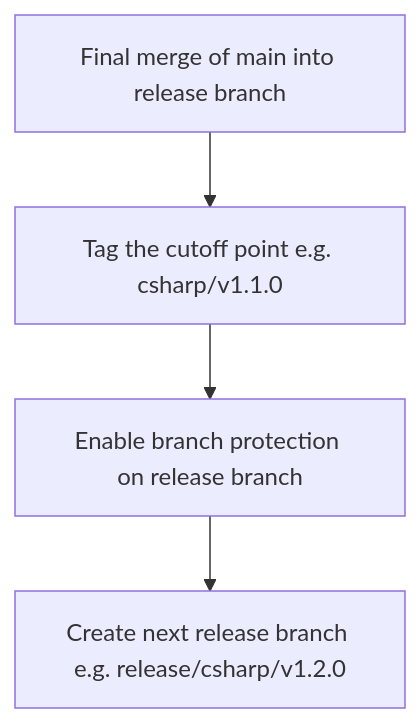
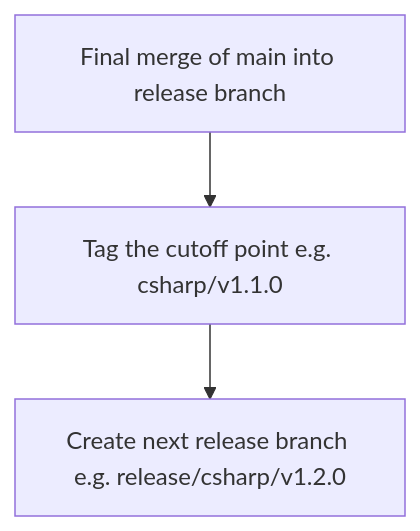
One commit to adbc-drivers/databricks changed the second of 3 diagrams in csharp/RELEASE_PROCESS.md. Above: the diagram before and after it, drawn with Mermaid. The commit also changed other lines of this file, not shown here.

First line of the commit message:
docs(csharp): simplify branch protection to match main

````diff
--- a/csharp/RELEASE_PROCESS.md
+++ b/csharp/RELEASE_PROCESS.md
@@ -51,6 +51,5 @@
 ```mermaid
 flowchart TD
     A[Final merge of main into release branch] --> B[Tag the cutoff point e.g. csharp/v1.1.0]
-    B --> C[Enable branch protection on release branch]
-    C --> D[Create next release branch e.g. release/csharp/v1.2.0]
+    B --> C[Create next release branch e.g. release/csharp/v1.2.0]
 ```
````
